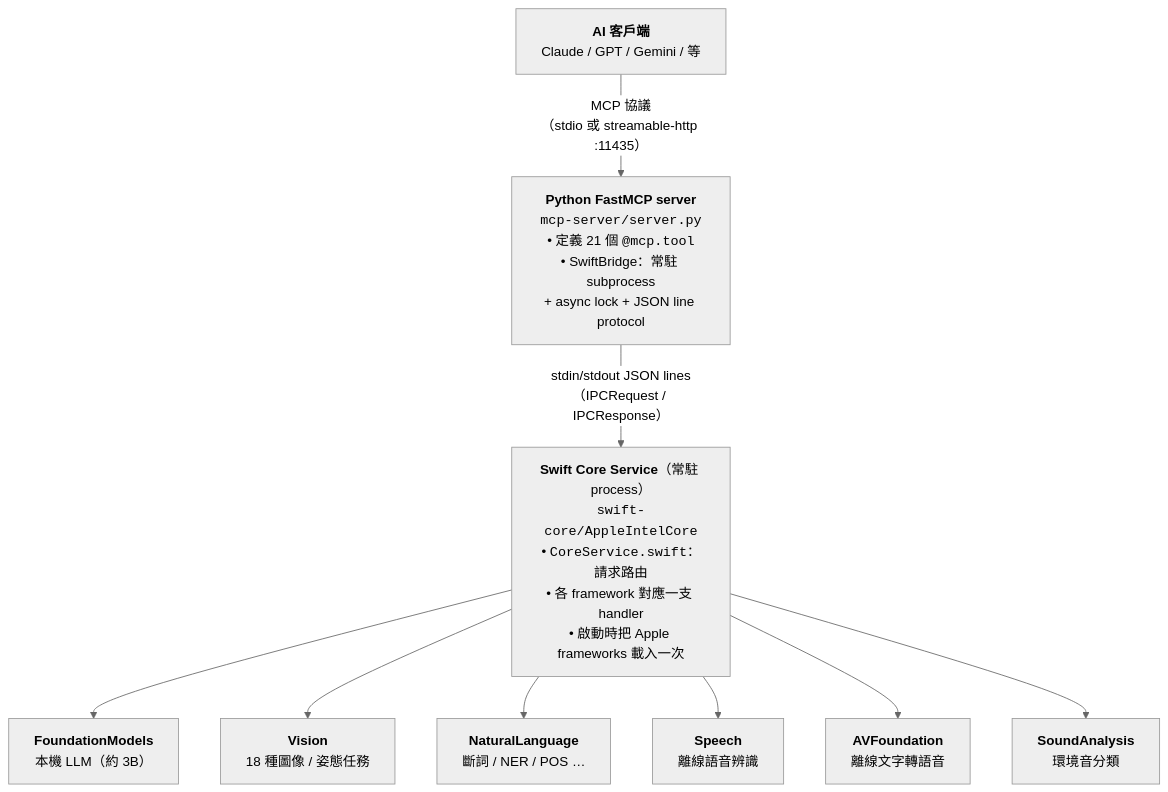
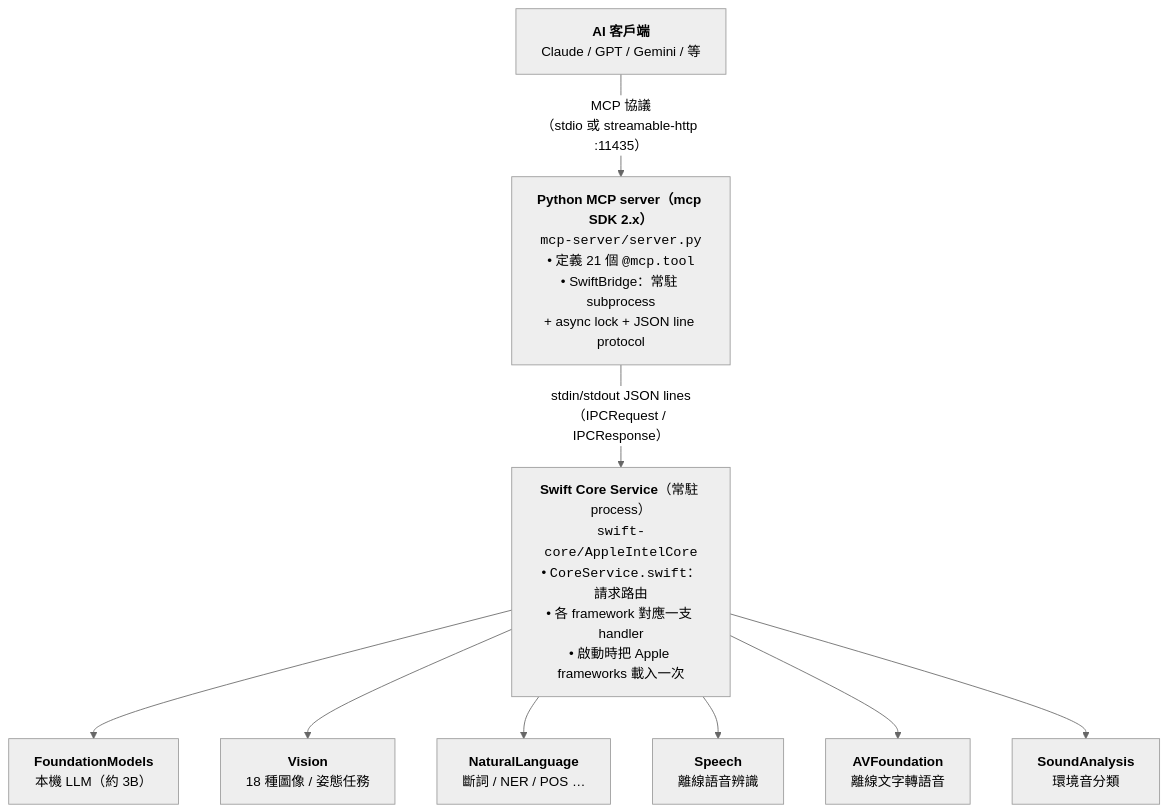
One commit to falll2000/apple-intelligence-mcp changed the diagram in README.zh-Hant.md. Above: the diagram before and after it, drawn with Mermaid (neutral theme). The commit also changed other lines of this file and 2 other files, not shown here.

Commit message:
docs: document mcp 2.x, tool annotations, and hermes/openclaw server keys

````diff
--- a/README.zh-Hant.md
+++ b/README.zh-Hant.md
@@ -419,22 +446,22 @@
 ```mermaid
 flowchart TD
     Client["<b>AI 客戶端</b><br/>Claude / GPT / Gemini / 等"]
-    MCP["<b>Python FastMCP server</b><br/><code>mcp-server/server.py</code><br/>• 定義 21 個 <code>@mcp.tool</code><br/>• SwiftBridge：常駐 subprocess<br/>+ async lock + JSON line protocol"]
+    MCP["<b>Python MCP server（mcp SDK 2.x）</b><br/><code>mcp-server/server.py</code><br/>• 定義 21 個 <code>@mcp.tool</code><br/>• SwiftBridge：常駐 subprocess<br/>+ async lock + JSON line protocol"]
     Swift["<b>Swift Core Service</b>（常駐 process）<br/><code>swift-core/AppleIntelCore</code><br/>• <code>CoreService.swift</code>：請求路由<br/>• 各 framework 對應一支 handler<br/>• 啟動時把 Apple frameworks 載入一次"]
 
     FM["<b>FoundationModels</b><br/>本機 LLM（約 3B）"]
     Vis["<b>Vision</b><br/>18 種圖像 / 姿態任務"]
     NL["<b>NaturalLanguage</b><br/>斷詞 / NER / POS …"]
     Sp["<b>Speech</b><br/>離線語音辨識"]
     AV["<b>AVFoundation</b><br/>離線文字轉語音"]
     SA["<b>SoundAnalysis</b><br/>環境音分類"]
 
     Client -- "MCP 協議<br/>（stdio 或 streamable-http :11435）" --> MCP
     MCP -- "stdin/stdout JSON lines<br/>（IPCRequest / IPCResponse）" --> Swift
     Swift --> FM
     Swift --> Vis
     Swift --> NL
     Swift --> Sp
     Swift --> AV
     Swift --> SA
 ```
````
